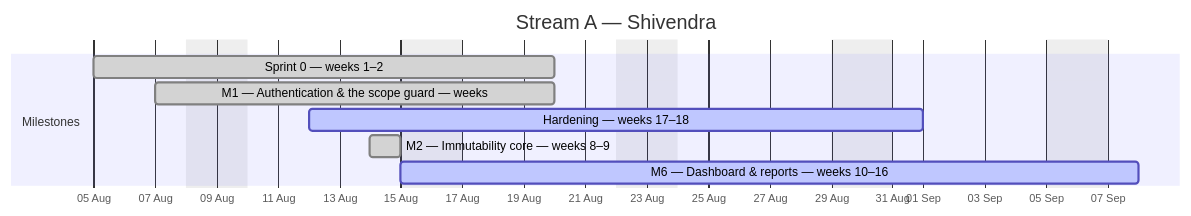
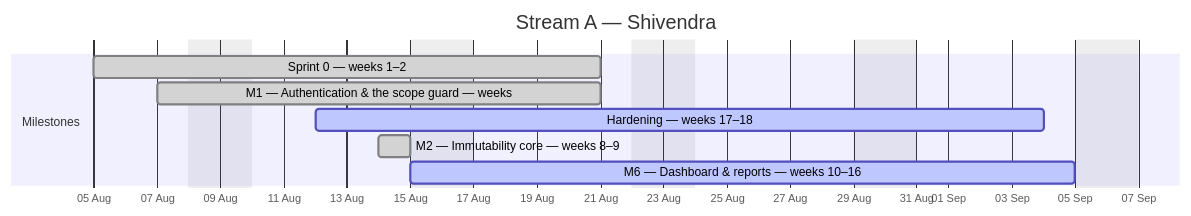
One commit to debashisedunext/EduTrack changed the first of 4 diagrams in docs/plan/GANTT.md. Above: the diagram before and after it, drawn with Mermaid. The commit also changed other lines of this file and 3 other files, not shown here.

````diff
--- a/docs/plan/GANTT.md
+++ b/docs/plan/GANTT.md
@@ -88,13 +88,13 @@
 ```mermaid
 gantt
     dateFormat YYYY-MM-DD
     axisFormat %d %b
     title Stream A — Shivendra
     excludes weekends
     section Milestones
-    Sprint 0 — weeks 1–2 :done, a0, 2026-08-05, 11d
-    M1 — Authentication & the scope guard — weeks :done, a1, 2026-08-07, 9d
-    Hardening — weeks 17–18 :active, a2, 2026-08-12, 14d
+    Sprint 0 — weeks 1–2 :done, a0, 2026-08-05, 12d
+    M1 — Authentication & the scope guard — weeks :done, a1, 2026-08-07, 10d
+    Hardening — weeks 17–18 :active, a2, 2026-08-12, 17d
     M2 — Immutability core — weeks 8–9 :done, a3, 2026-08-14, 1d
-    M6 — Dashboard & reports — weeks 10–16 :active, a4, 2026-08-15, 17d
+    M6 — Dashboard & reports — weeks 10–16 :active, a4, 2026-08-15, 16d
 ```
````
